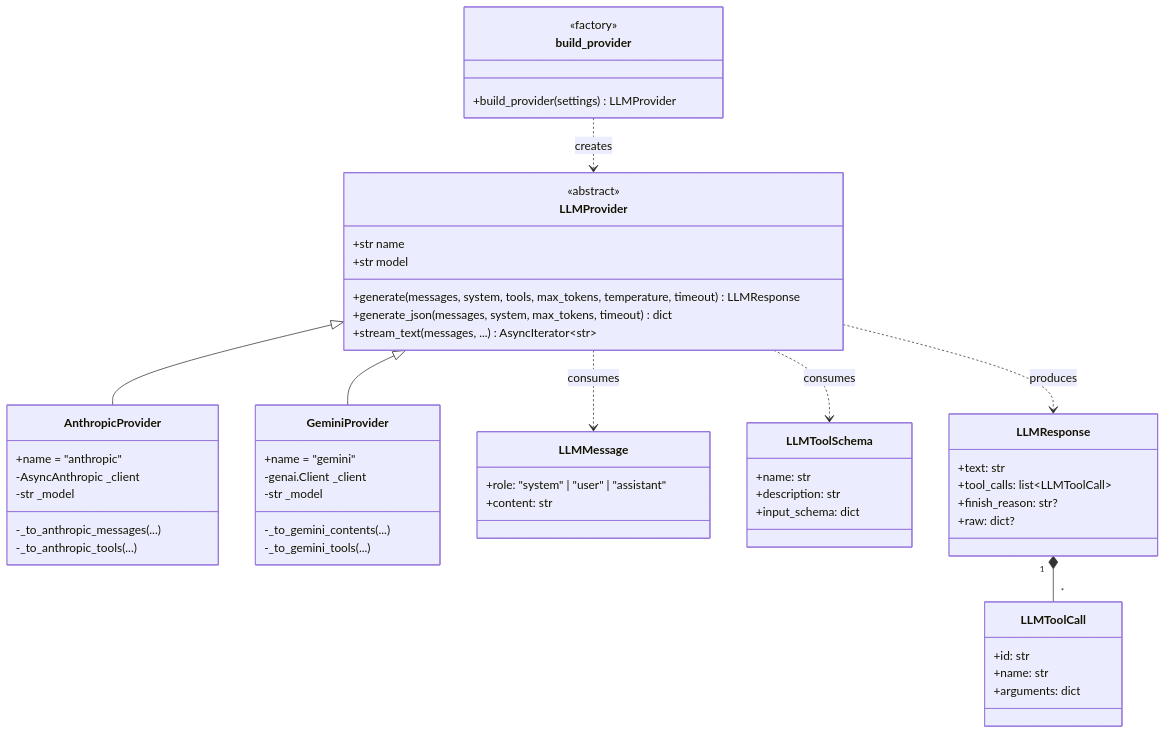
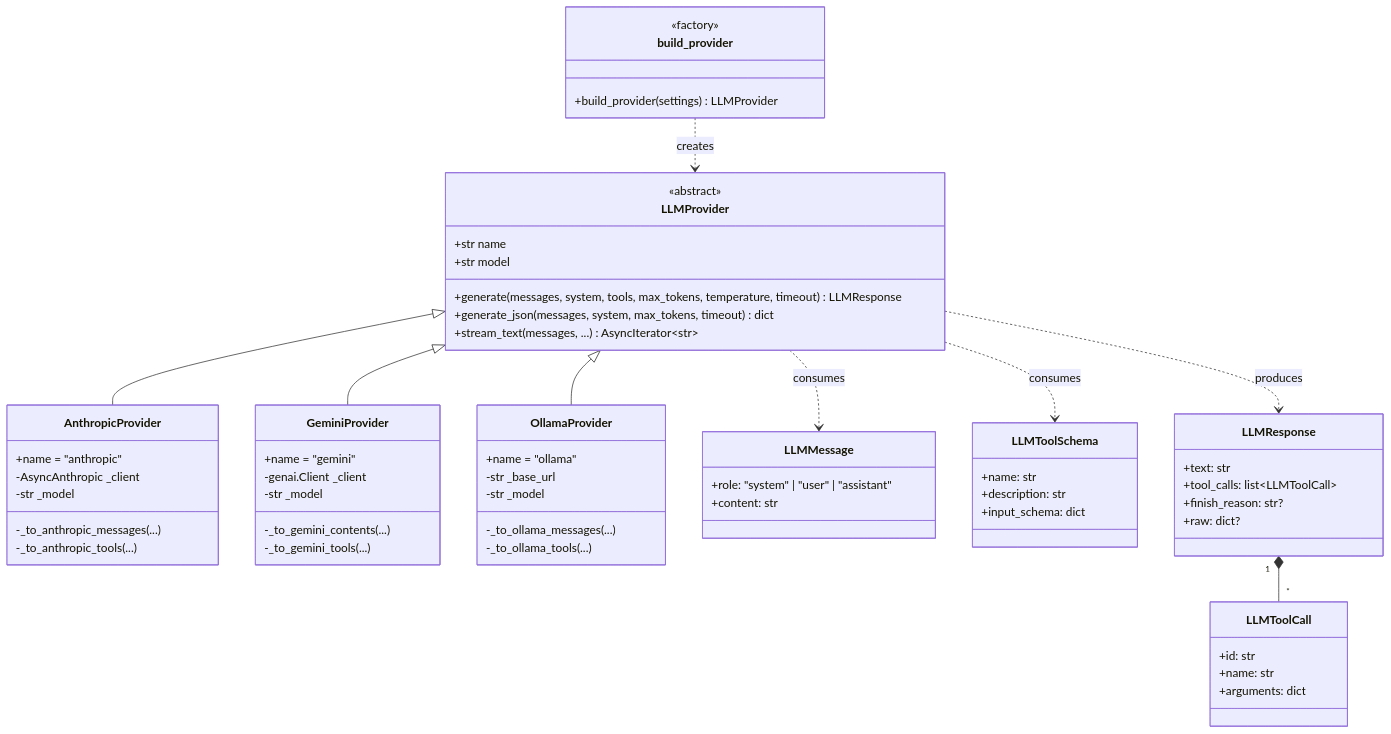
Before and after one commit to ibrarx/Mini-OpenClaw: the first of 3 diagrams in docs/provider-abstraction.md, drawn with Mermaid. The commit also changed other lines of this file and 18 other files, not shown here.

````diff
--- a/docs/provider-abstraction.md
+++ b/docs/provider-abstraction.md
@@ -147,64 +158,73 @@
 ```mermaid
 classDiagram
     class LLMProvider {
         <<abstract>>
         +str name
         +str model
         +generate(messages, system, tools, max_tokens, temperature, timeout) LLMResponse
         +generate_json(messages, system, max_tokens, timeout) dict
         +stream_text(messages, ...) AsyncIterator~str~
     }
 
     class AnthropicProvider {
         +name = "anthropic"
         -AsyncAnthropic _client
         -str _model
         -_to_anthropic_messages(...)
         -_to_anthropic_tools(...)
     }
 
     class GeminiProvider {
         +name = "gemini"
         -genai.Client _client
         -str _model
         -_to_gemini_contents(...)
         -_to_gemini_tools(...)
+    }
+
+    class OllamaProvider {
+        +name = "ollama"
+        -str _base_url
+        -str _model
+        -_to_ollama_messages(...)
+        -_to_ollama_tools(...)
     }
 
     class LLMMessage {
         +role: "system" | "user" | "assistant"
         +content: str
     }
 
     class LLMToolSchema {
         +name: str
         +description: str
         +input_schema: dict
     }
 
     class LLMToolCall {
         +id: str
         +name: str
         +arguments: dict
     }
 
     class LLMResponse {
         +text: str
         +tool_calls: list~LLMToolCall~
         +finish_reason: str?
         +raw: dict?
     }
 
     class build_provider {
         <<factory>>
         +build_provider(settings) LLMProvider
     }
 
     LLMProvider <|-- AnthropicProvider
     LLMProvider <|-- GeminiProvider
+    LLMProvider <|-- OllamaProvider
     LLMProvider ..> LLMMessage : consumes
     LLMProvider ..> LLMToolSchema : consumes
     LLMProvider ..> LLMResponse : produces
     LLMResponse "1" *-- "*" LLMToolCall
     build_provider ..> LLMProvider : creates
 ```
````
